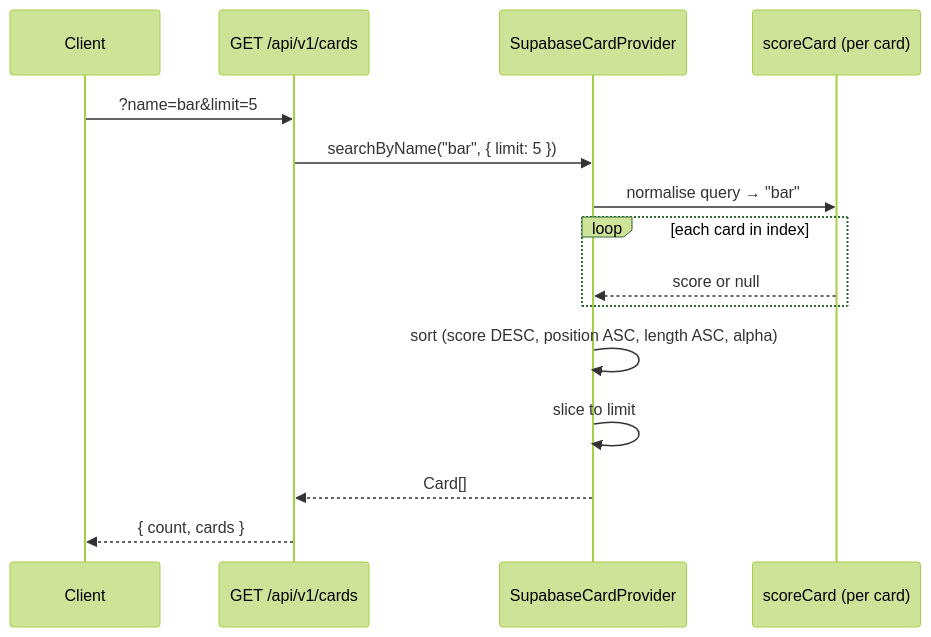
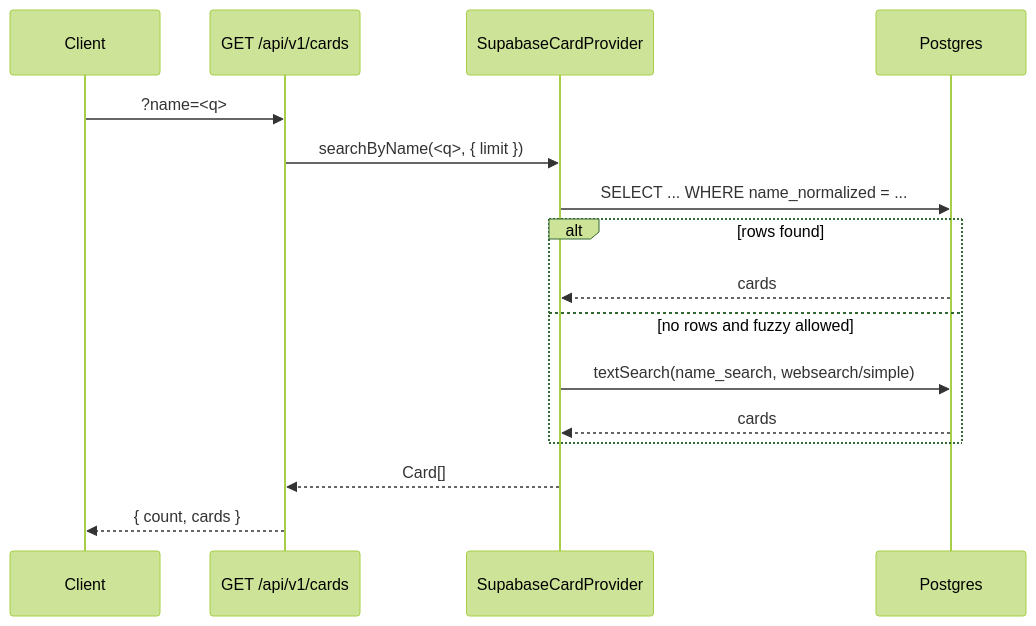
The diagram in packages/api/docs/search.md (EggsLeggs/Riftseer), drawn with Mermaid (forest theme) before and after one commit. The commit also changed other lines of this file and 21 other files, not shown here.

First line of the commit message:
refactor: remove Fuse.js dependency and implement Postgres full-text search for card name queries (#51)

````diff
--- a/packages/api/docs/search.md
+++ b/packages/api/docs/search.md
@@ -56,18 +64,19 @@
 ```mermaid
 sequenceDiagram
     participant Client
     participant API as GET /api/v1/cards
     participant Provider as SupabaseCardProvider
-    participant Scorer as scoreCard (per card)
+    participant PG as Postgres
 
-    Client->>API: ?name=bar&limit=5
-    API->>Provider: searchByName("bar", { limit: 5 })
-    Provider->>Scorer: normalise query → "bar"
-    loop each card in index
-        Scorer-->>Provider: score or null
+    Client->>API: ?name=<q>
+    API->>Provider: searchByName(<q>, { limit })
+    Provider->>PG: SELECT ... WHERE name_normalized = ...
+    alt rows found
+        PG-->>Provider: cards
+    else no rows and fuzzy allowed
+        Provider->>PG: textSearch(name_search, websearch/simple)
+        PG-->>Provider: cards
     end
-    Provider->>Provider: sort (score DESC, position ASC, length ASC, alpha)
-    Provider->>Provider: slice to limit
     Provider-->>API: Card[]
     API-->>Client: { count, cards }
 ```
````
